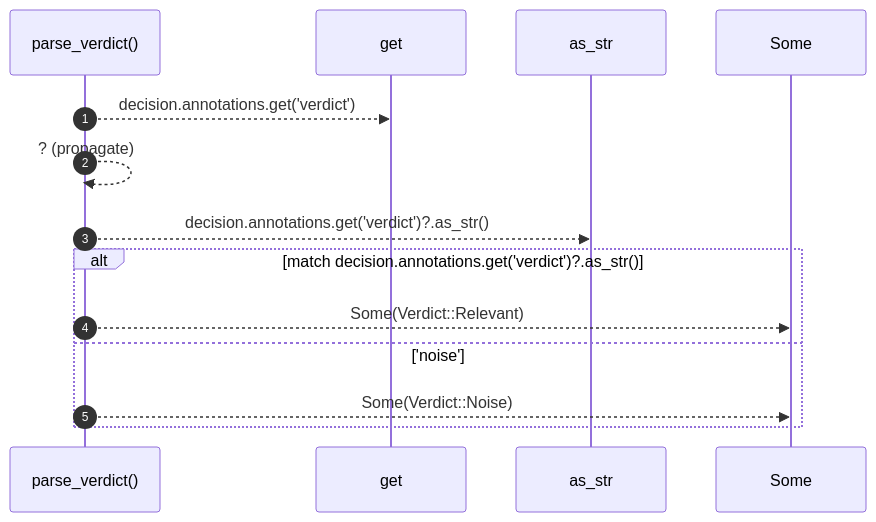
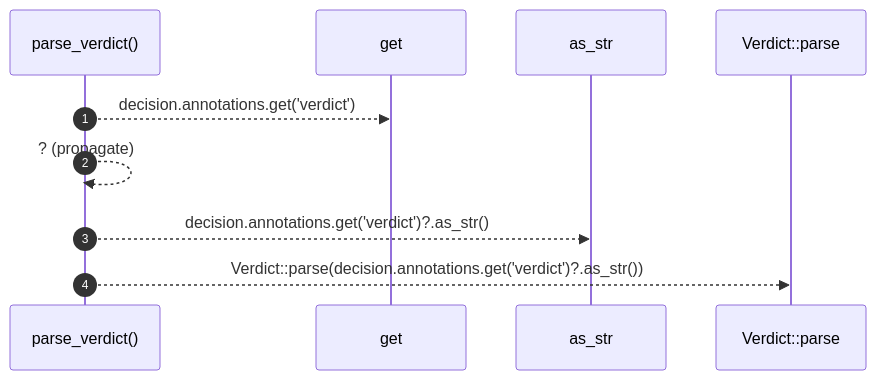
Before and after one commit to RyanGuild/self-describing-code: the diagram in docs/self-model/robby_render/view/comments/parse-verdict.md, drawn with Mermaid. The commit also changed other lines of this file and 747 other files, not shown here.

````diff
--- a/docs/self-model/robby_render/view/comments/parse-verdict.md
+++ b/docs/self-model/robby_render/view/comments/parse-verdict.md
@@ -22,16 +18,12 @@
 ```mermaid
 sequenceDiagram
     autonumber
     participant parse_verdict as parse_verdict()
     participant get as get
     participant as_str as as_str
-    participant Some as Some
+    participant Verdict__parse as Verdict::parse
     parse_verdict-->>get: decision.annotations.get('verdict')
     parse_verdict-->>parse_verdict: ? (propagate)
     parse_verdict-->>as_str: decision.annotations.get('verdict')?.as_str()
-    alt match decision.annotations.get('verdict')?.as_str()
-    parse_verdict-->>Some: Some(Verdict::Relevant)
-    else 'noise'
-    parse_verdict-->>Some: Some(Verdict::Noise)
-    end
+    parse_verdict-->>Verdict__parse: Verdict::parse(decision.annotations.get('verdict')?.as_str())
 ```
````
